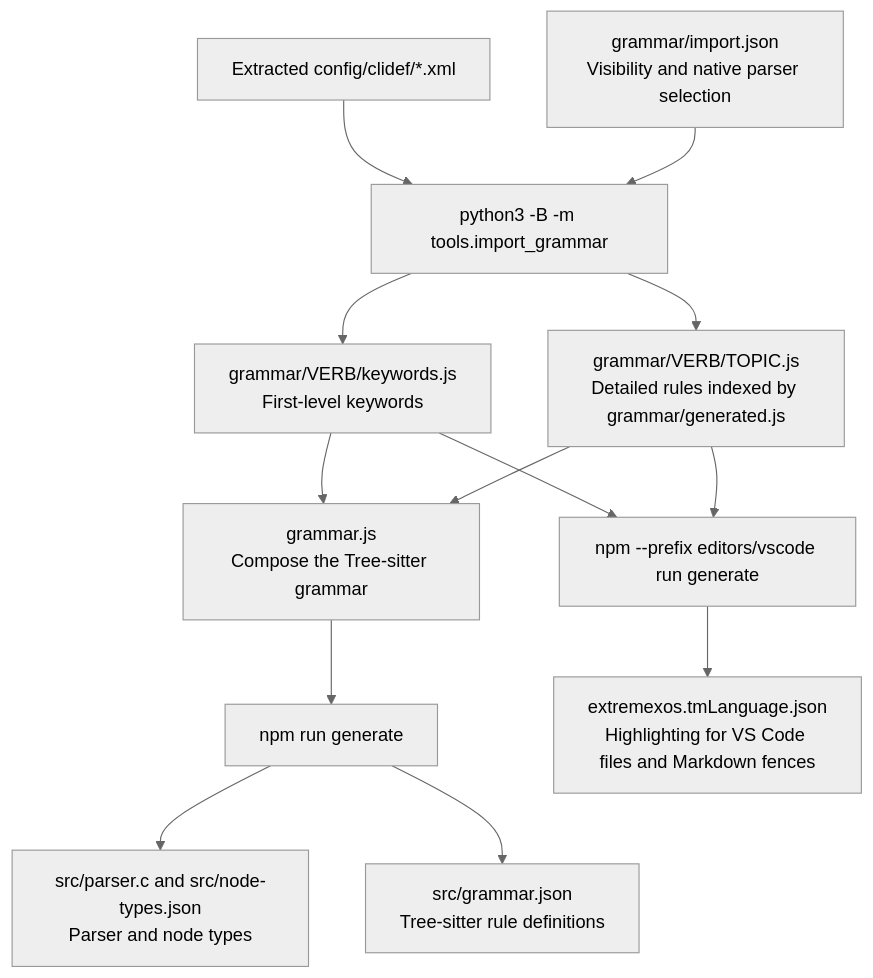
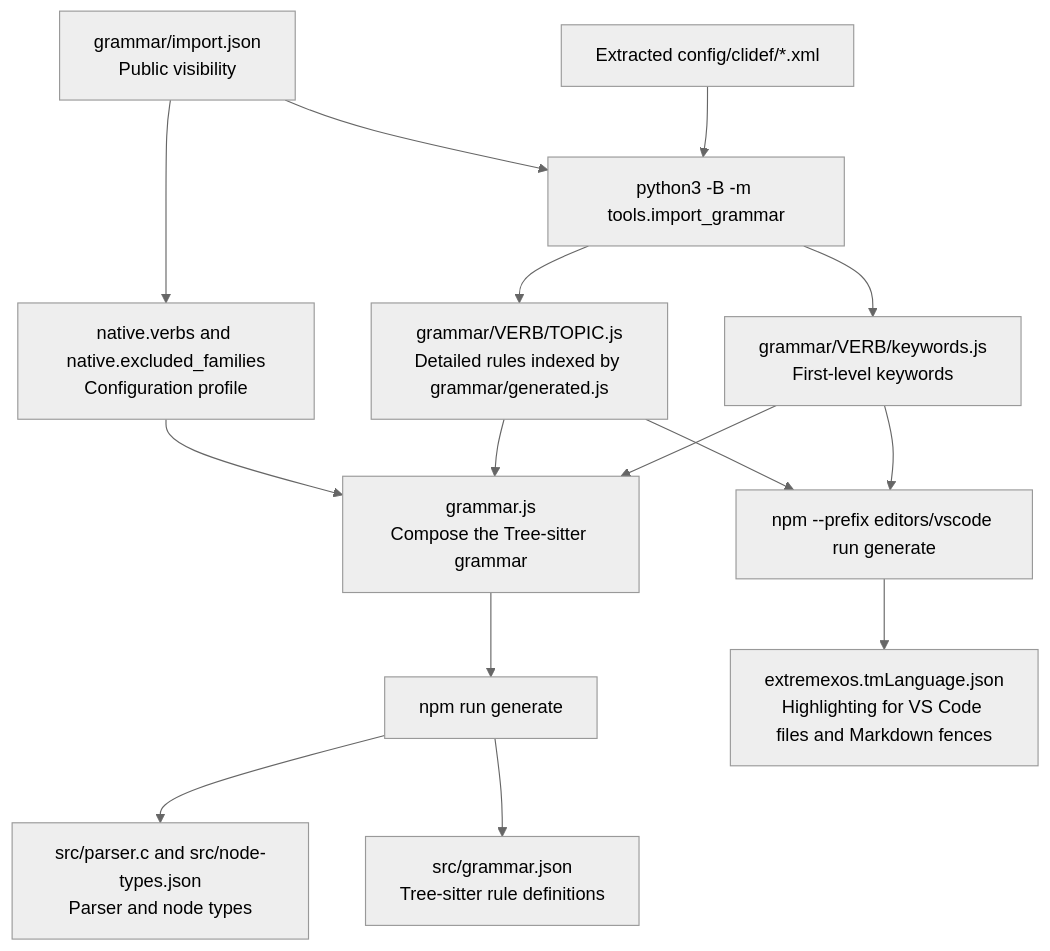
Before and after one commit to aaronaxvig/tree-sitter-extremexos: the diagram in README.md, drawn with Mermaid (neutral theme). The commit also changed other lines of this file and 25 other files, not shown here.

First line of the commit message:
Scope native parsing to configuration commands

````diff
--- a/README.md
+++ b/README.md
@@ -64,15 +72,17 @@
 ```mermaid
 flowchart TD
     XML["Extracted config/clidef/*.xml"] --> Import["python3 -B -m tools.import_grammar"]
-    Config["grammar/import.json<br/>Visibility and native parser selection"] --> Import
+    Config["grammar/import.json<br/>Public visibility"] --> Import
     Import --> Keywords["grammar/VERB/keywords.js<br/>First-level keywords"]
     Import --> Details["grammar/VERB/TOPIC.js<br/>Detailed rules indexed by grammar/generated.js"]
     Keywords --> Grammar["grammar.js<br/>Compose the Tree-sitter grammar"]
     Details --> Grammar
+    Config --> Native["native.verbs and native.excluded_families<br/>Configuration profile"]
+    Native --> Grammar
     Grammar --> Generate["npm run generate"]
     Generate --> Parser["src/parser.c and src/node-types.json<br/>Parser and node types"]
     Generate --> Rules["src/grammar.json<br/>Tree-sitter rule definitions"]
     Keywords --> Editor["npm --prefix editors/vscode run generate"]
     Details --> Editor
     Editor --> TextMate["extremexos.tmLanguage.json<br/>Highlighting for VS Code files and Markdown fences"]
 ```
````
